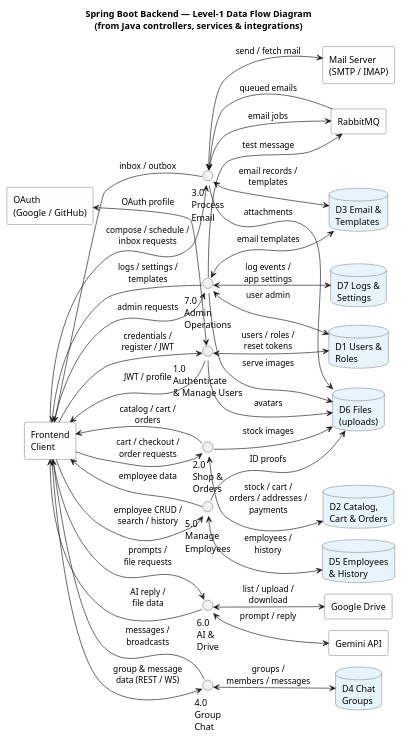
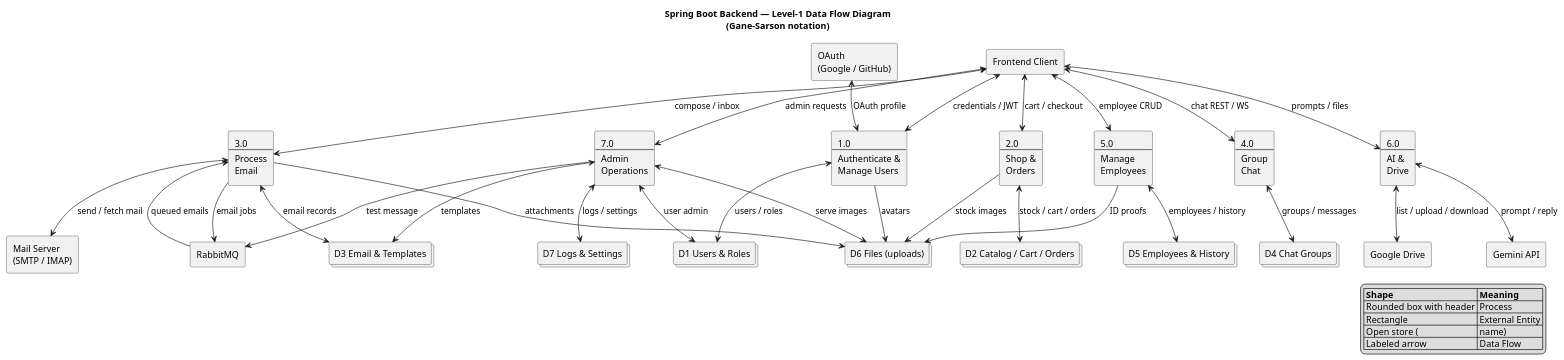
One commit to Leospace001/AY2526-FYP-B05 changed the diagram in uml/dataFlowDiagram.puml. Above: the diagram before and after it, drawn with PlantUML. The commit also changed 2 other files, not shown here.

Commit message:
Redraw data flow diagram in Gane-Sarson notation
Match the attached DFD legend: processes with numbered headers,
rectangular external entities, open data stores, and labeled flows.

```diff
--- a/uml/dataFlowDiagram.puml
+++ b/uml/dataFlowDiagram.puml
@@ -1,90 +1,71 @@
 @startuml
-!pragma layout smetana
-title Spring Boot Backend — Level-1 Data Flow Diagram\n(from Java controllers, services & integrations)
+' Gane-Sarson Level-1 DFD for Spring Boot backend.
+' The rendered PNG (dataFlowDiagram.png) uses Gane-Sarson shapes
+' matching: Process (rounded + header), External Entity (rectangle),
+' Data Store (open rectangle with double left bar), Data Flow (labeled arrow).
+' This .puml file documents the same logical model.
 
-skinparam shadowing false
-skinparam defaultFontName SansSerif
-skinparam backgroundColor #FFFFFF
-skinparam rectangle {
-  BackgroundColor #FEFEFE
-  BorderColor #333333
-}
-skinparam database {
-  BackgroundColor #E8F4FC
-  BorderColor #333333
-}
-skinparam circle {
-  BackgroundColor #FFF8E7
-  BorderColor #333333
-}
+title Spring Boot Backend — Level-1 Data Flow Diagram\n(Gane-Sarson notation)
 
-left to right direction
-
-' --- External entities ---
-rectangle "Frontend\nClient" as Client
+rectangle "Frontend Client" as Client
 rectangle "OAuth\n(Google / GitHub)" as OAuth
+rectangle "Mail Server\n(SMTP / IMAP)" as Mail
+rectangle "RabbitMQ" as MQ
 rectangle "Gemini API" as Gemini
 rectangle "Google Drive" as Drive
-rectangle "Mail Server\n(SMTP / IMAP)" as Mail
-rectangle "RabbitMQ" as MQ
 
-' --- Processes ---
-circle "1.0\nAuthenticate\n& Manage Users" as P1
-circle "2.0\nShop &\nOrders" as P2
-circle "3.0\nProcess\nEmail" as P3
-circle "4.0\nGroup\nChat" as P4
-circle "5.0\nManage\nEmployees" as P5
-circle "6.0\nAI &\nDrive" as P6
-circle "7.0\nAdmin\nOperations" as P7
+rectangle "1.0\n----\nAuthenticate &\nManage Users" as P1
+rectangle "2.0\n----\nShop &\nOrders" as P2
+rectangle "3.0\n----\nProcess\nEmail" as P3
+rectangle "4.0\n----\nGroup\nChat" as P4
+rectangle "5.0\n----\nManage\nEmployees" as P5
+rectangle "6.0\n----\nAI &\nDrive" as P6
+rectangle "7.0\n----\nAdmin\nOperations" as P7
 
-' --- Data stores ---
-database "D1 Users &\nRoles" as D1
-database "D2 Catalog,\nCart & Orders" as D2
-database "D3 Email &\nTemplates" as D3
-database "D4 Chat\nGroups" as D4
-database "D5 Employees\n& History" as D5
-database "D6 Files\n(uploads)" as D6
-database "D7 Logs &\nSettings" as D7
+collections "D1 Users & Roles" as D1
+collections "D2 Catalog / Cart / Orders" as D2
+collections "D3 Email & Templates" as D3
+collections "D4 Chat Groups" as D4
+collections "D5 Employees & History" as D5
+collections "D6 Files (uploads)" as D6
+collections "D7 Logs & Settings" as D7
 
-' Client <-> processes
-Client --> P1 : credentials /\nregister / JWT
-Client --> P2 : cart / checkout /\norder requests
-Client --> P3 : compose / schedule /\ninbox requests
-Client --> P4 : group & message\ndata (REST / WS)
-Client --> P5 : employee CRUD /\nsearch / history
-Client --> P6 : prompts /\nfile requests
-Client --> P7 : admin requests
+Client <--> P1 : credentials / JWT
+Client <--> P2 : cart / checkout
+Client <--> P3 : compose / inbox
+Client <--> P4 : chat REST / WS
+Client <--> P5 : employee CRUD
+Client <--> P6 : prompts / files
+Client <--> P7 : admin requests
 
-P1 --> Client : JWT / profile
-P2 --> Client : catalog / cart /\norders
-P3 --> Client : inbox / outbox
-P4 --> Client : messages /\nbroadcasts
-P5 --> Client : employee data
-P6 --> Client : AI reply /\nfile data
-P7 --> Client : logs / settings /\ntemplates
-
-' External systems
 OAuth <--> P1 : OAuth profile
+P3 <--> Mail : send / fetch mail
 P3 --> MQ : email jobs
 MQ --> P3 : queued emails
-P3 <--> Mail : send / fetch mail
+P7 --> MQ : test message
 P6 <--> Gemini : prompt / reply
-P6 <--> Drive : list / upload /\ndownload
-P7 --> MQ : test message
+P6 <--> Drive : list / upload / download
 
-' Data stores
-P1 <--> D1 : users / roles /\nreset tokens
+P1 <--> D1 : users / roles
 P1 --> D6 : avatars
-P2 <--> D2 : stock / cart /\norders / addresses /\npayments
+P2 <--> D2 : stock / cart / orders
 P2 --> D6 : stock images
-P3 <--> D3 : email records /\ntemplates
+P3 <--> D3 : email records
 P3 --> D6 : attachments
-P4 <--> D4 : groups /\nmembers / messages
-P5 <--> D5 : employees /\nhistory
+P4 <--> D4 : groups / messages
+P5 <--> D5 : employees / history
 P5 --> D6 : ID proofs
-P7 <--> D7 : log events /\napp settings
-P7 <--> D3 : email templates
+P7 <--> D7 : logs / settings
+P7 <--> D3 : templates
 P7 <--> D1 : user admin
-P7 --> D6 : serve images
+P7 <--> D6 : serve images
+
+legend right
+  |= Shape |= Meaning |
+  | Rounded box with header | Process |
+  | Rectangle | External Entity |
+  | Open store (|| name) | Data Store |
+  | Labeled arrow | Data Flow |
+endlegend
 
 @enduml
```
